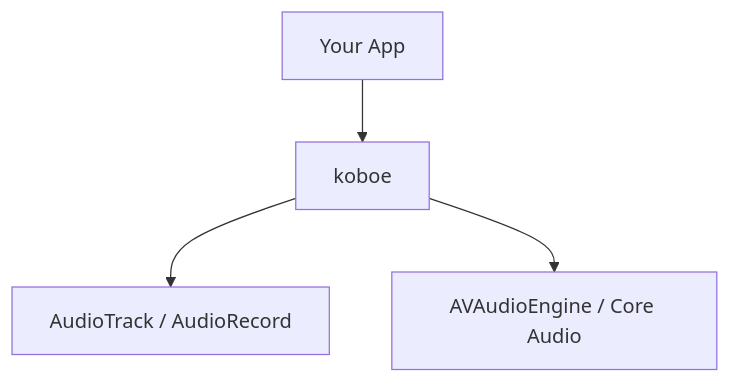
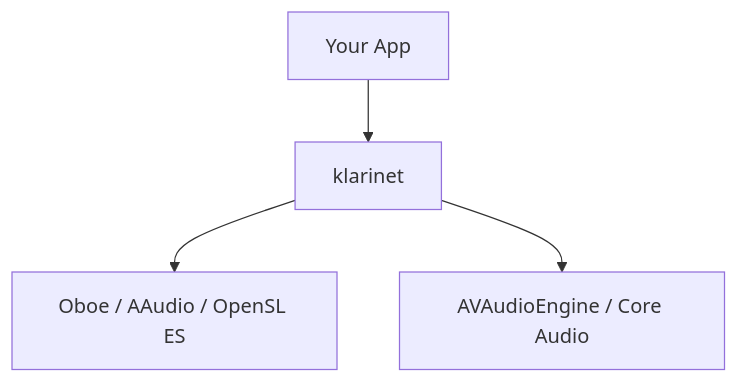
The diagram in README.md (vectencia/Klarinet), drawn with Mermaid before and after one commit. The commit also changed other lines of this file and 229 other files, not shown here.

````diff
--- a/README.md
+++ b/README.md
@@ -189,6 +227,6 @@
 ```mermaid
 graph TD
-    A[Your App] --> B[koboe]
-    B --> C[AudioTrack / AudioRecord]
+    A[Your App] --> B[klarinet]
+    B --> C[Oboe / AAudio / OpenSL ES]
     B --> D[AVAudioEngine / Core Audio]
 ```
````
